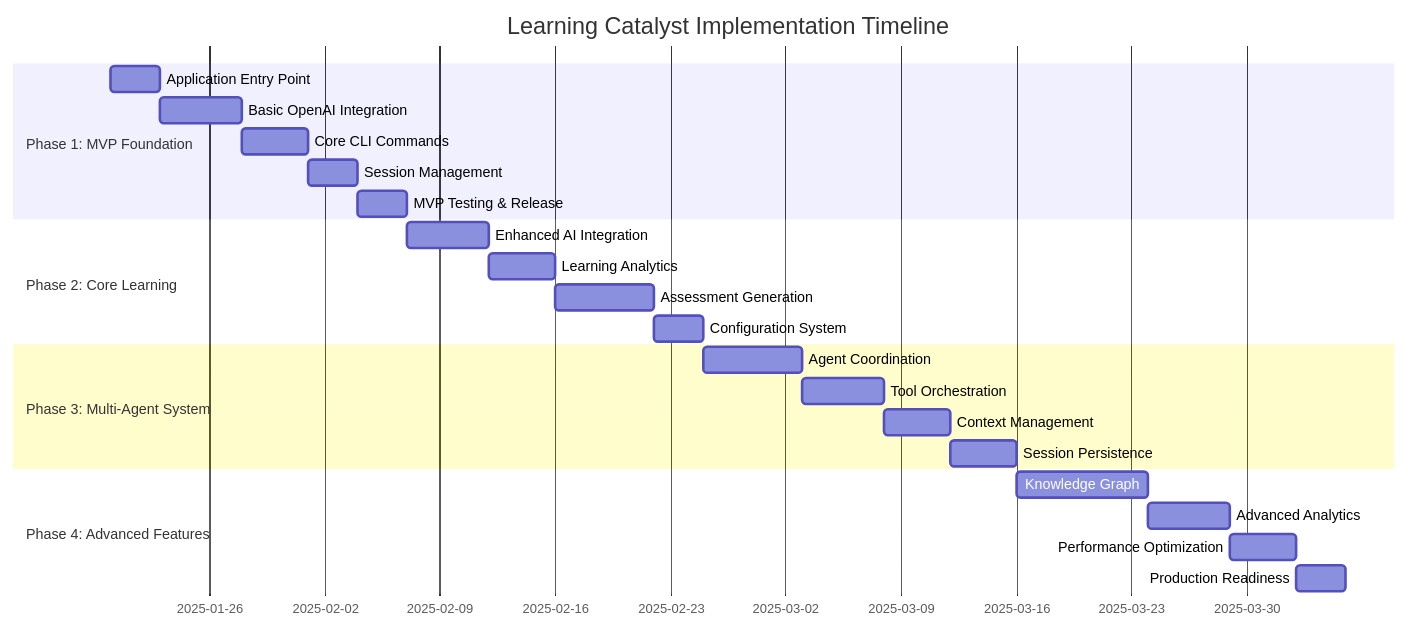
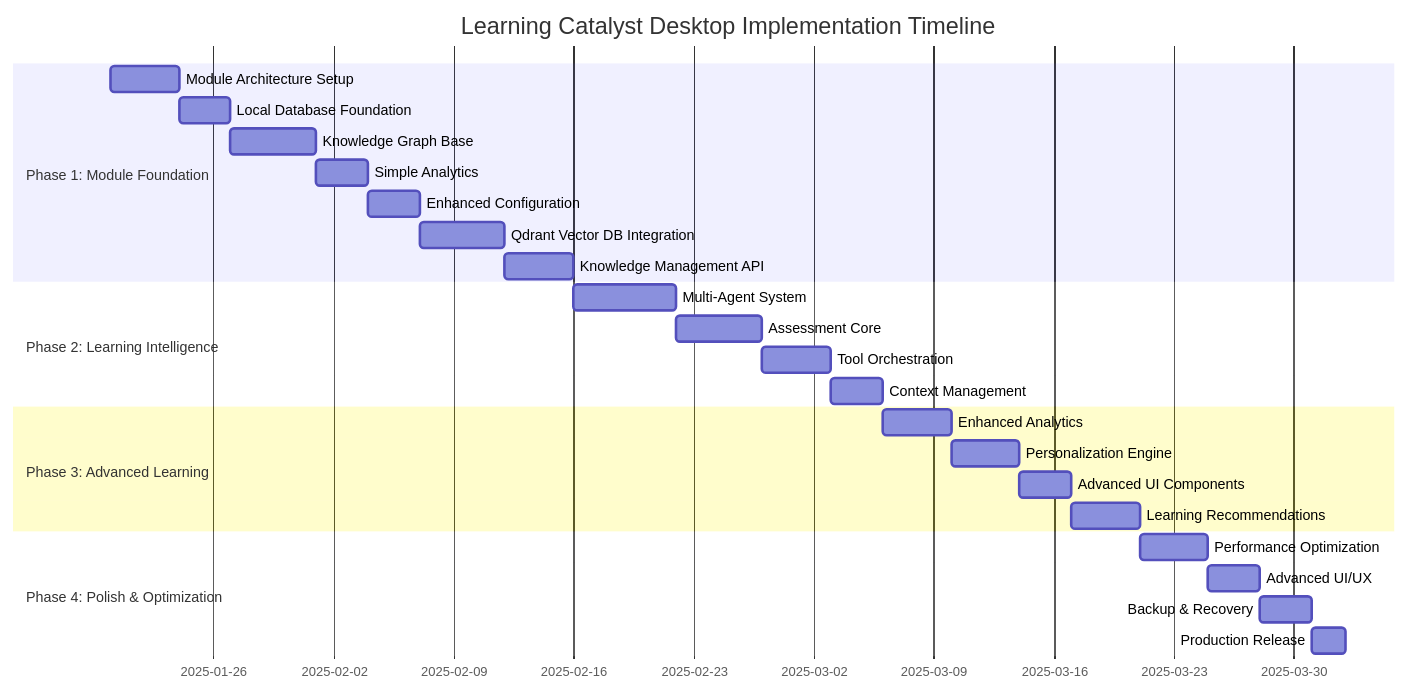
One commit to phona/learning-catalyst changed the diagram in IMPLEMENTATION_PLAN.md. Above: the diagram before and after it, drawn with Mermaid. The commit also changed other lines of this file and 17 other files, not shown here.

````diff
--- a/IMPLEMENTATION_PLAN.md
+++ b/IMPLEMENTATION_PLAN.md
@@ -28,29 +43,31 @@
 ```mermaid
 gantt
-    title Learning Catalyst Implementation Timeline
+    title Learning Catalyst Desktop Implementation Timeline
     dateFormat  YYYY-MM-DD
-    section Phase 1: MVP Foundation
-    Application Entry Point     :p1-1, 2025-01-20, 3d
-    Basic OpenAI Integration    :p1-2, after p1-1, 5d
-    Core CLI Commands          :p1-3, after p1-2, 4d
-    Session Management         :p1-4, after p1-3, 3d
-    MVP Testing & Release      :p1-5, after p1-4, 3d
+    section Phase 1: Module Foundation
+    Module Architecture Setup   :p1-1, 2025-01-20, 4d
+    Local Database Foundation   :p1-2, after p1-1, 3d
+    Knowledge Graph Base        :p1-3, after p1-2, 5d
+    Simple Analytics            :p1-4, after p1-3, 3d
+    Enhanced Configuration      :p1-5, after p1-4, 3d
+    Qdrant Vector DB Integration :p1-6, after p1-5, 5d
+    Knowledge Management API    :p1-7, after p1-6, 4d
 
-    section Phase 2: Core Learning
-    Enhanced AI Integration     :p2-1, after p1-5, 5d
-    Learning Analytics          :p2-2, after p2-1, 4d
-    Assessment Generation       :p2-3, after p2-2, 6d
-    Configuration System        :p2-4, after p2-3, 3d
+    section Phase 2: Learning Intelligence
+    Multi-Agent System          :p2-1, after p1-7, 6d
+    Assessment Core             :p2-2, after p2-1, 5d
+    Tool Orchestration         :p2-3, after p2-2, 4d
+    Context Management          :p2-4, after p2-3, 3d
 
-    section Phase 3: Multi-Agent System
-    Agent Coordination          :p3-1, after p2-4, 6d
-    Tool Orchestration         :p3-2, after p3-1, 5d
-    Context Management         :p3-3, after p3-2, 4d
-    Session Persistence        :p3-4, after p3-3, 4d
+    section Phase 3: Advanced Learning
+    Enhanced Analytics          :p3-1, after p2-4, 4d
+    Personalization Engine      :p3-2, after p3-1, 4d
+    Advanced UI Components      :p3-3, after p3-2, 3d
+    Learning Recommendations    :p3-4, after p3-3, 4d
 
-    section Phase 4: Advanced Features
-    Knowledge Graph            :p4-1, after p3-4, 8d
-    Advanced Analytics         :p4-2, after p4-1, 5d
-    Performance Optimization   :p4-3, after p4-2, 4d
-    Production Readiness       :p4-4, after p4-3, 3d
+    section Phase 4: Polish & Optimization
+    Performance Optimization    :p4-1, after p3-4, 4d
+    Advanced UI/UX             :p4-2, after p4-1, 3d
+    Backup & Recovery          :p4-3, after p4-2, 3d
+    Production Release          :p4-4, after p4-3, 2d
 ```
````
